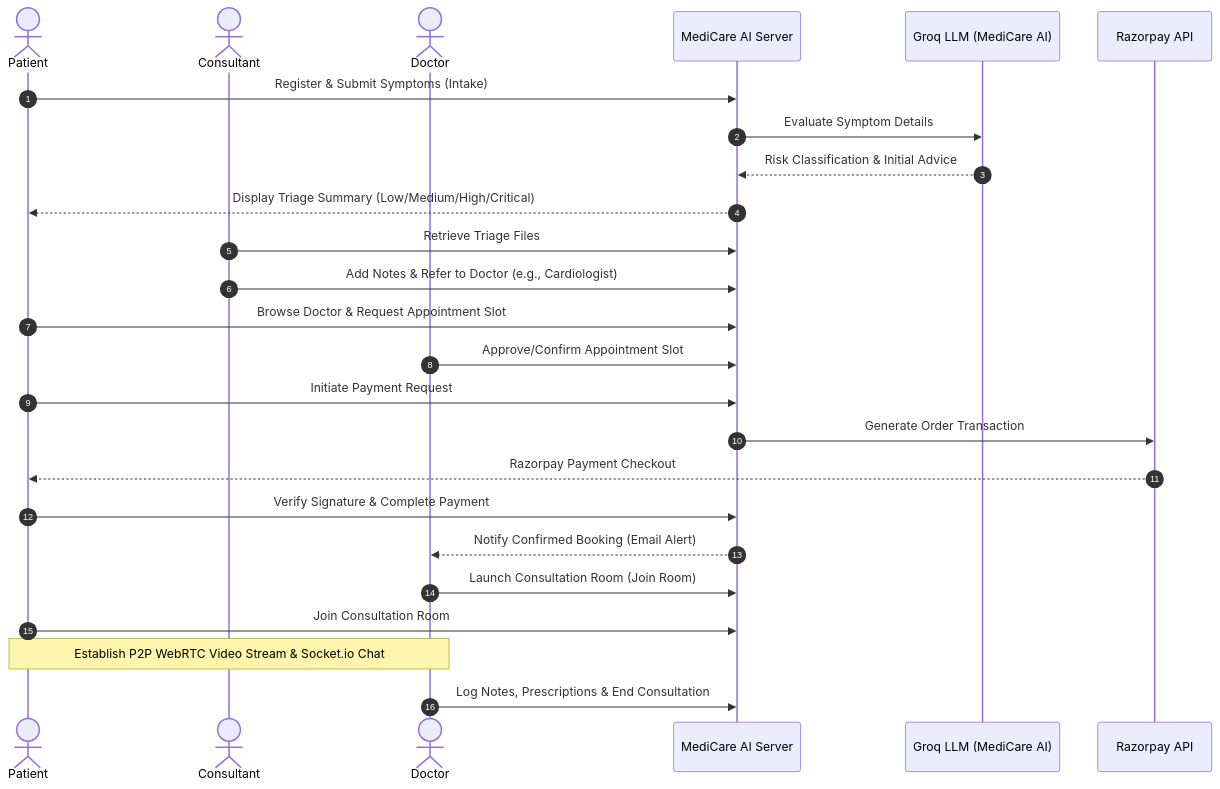
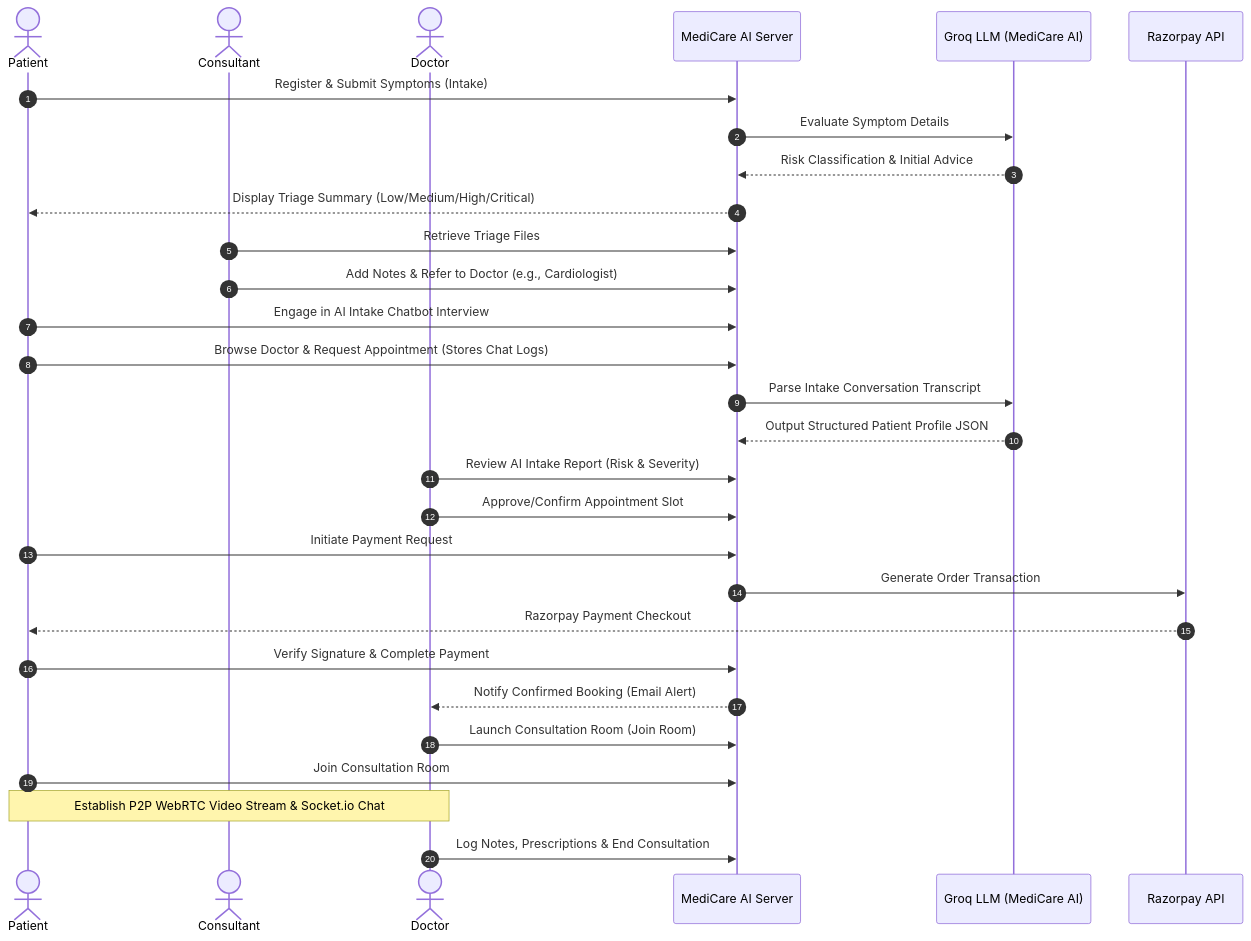
Before and after one commit to atharva635/MediCareAI: the diagram in README.md, drawn with Mermaid. The commit also changed other lines of this file, not shown here.

````diff
--- a/README.md
+++ b/README.md
@@ -18,33 +18,38 @@
 ```mermaid
 sequenceDiagram
     autonumber
     actor Patient
     actor Consultant
     actor Doctor
     participant Server as MediCare AI Server
     participant AI as Groq LLM (MediCare AI)
     participant Payment as Razorpay API
 
     Patient->>Server: Register & Submit Symptoms (Intake)
     Server->>AI: Evaluate Symptom Details
     AI-->>Server: Risk Classification & Initial Advice
     Server-->>Patient: Display Triage Summary (Low/Medium/High/Critical)
     
     Consultant->>Server: Retrieve Triage Files
     Consultant->>Server: Add Notes & Refer to Doctor (e.g., Cardiologist)
     
-    Patient->>Server: Browse Doctor & Request Appointment Slot
+    Patient->>Server: Engage in AI Intake Chatbot Interview
+    Patient->>Server: Browse Doctor & Request Appointment (Stores Chat Logs)
+    Server->>AI: Parse Intake Conversation Transcript
+    AI-->>Server: Output Structured Patient Profile JSON
+    
+    Doctor->>Server: Review AI Intake Report (Risk & Severity)
     Doctor->>Server: Approve/Confirm Appointment Slot
     
     Patient->>Server: Initiate Payment Request
     Server->>Payment: Generate Order Transaction
     Payment-->>Patient: Razorpay Payment Checkout
     Patient->>Server: Verify Signature & Complete Payment
     Server-->>Doctor: Notify Confirmed Booking (Email Alert)
     
     Doctor->>Server: Launch Consultation Room (Join Room)
     Patient->>Server: Join Consultation Room
     Note over Patient, Doctor: Establish P2P WebRTC Video Stream & Socket.io Chat
     
     Doctor->>Server: Log Notes, Prescriptions & End Consultation
 ```
````
